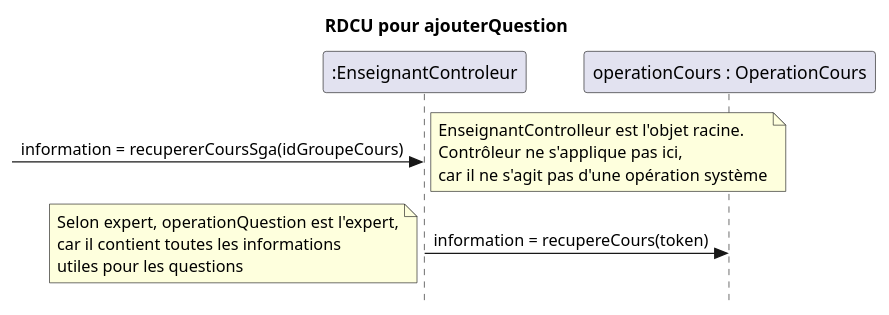
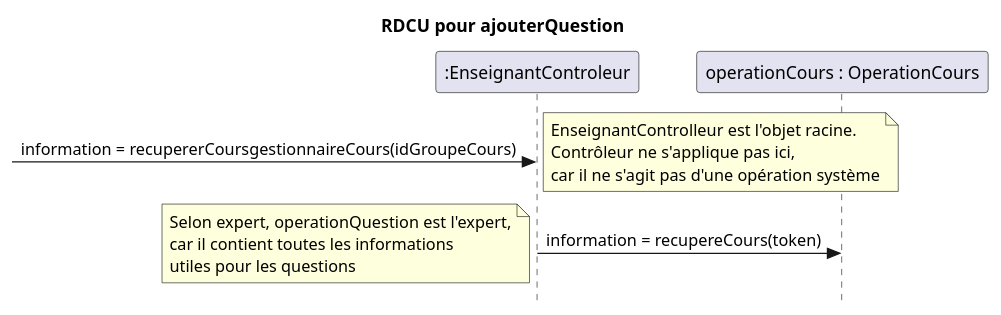
One commit to nerdz88/SGA-TS changed the fourth of 4 diagrams in docs/Ajouter question/RDCU_Ajouter_Question.puml. Above: the diagram before and after it, drawn with PlantUML. The commit also changed other lines of this file and 7 other files, not shown here.

```diff
--- a/docs/Ajouter question/RDCU_Ajouter_Question.puml
+++ b/docs/Ajouter question/RDCU_Ajouter_Question.puml
@@ -68,11 +72,11 @@
 @startuml terminerAjouterQuestion
 skinparam style strictuml
 skinparam defaultfontname Verdana
 title RDCU pour ajouterQuestion
-participant ":EnseignantControleur" as sga
-participant "operationCours : OperationCours" as opCours
- -> sga : information = recupererCoursSga(idGroupeCours)
+participant ":EnseignantControleur" as gestionnaireCours
+participant "operationCours : OperationCours" as universite
+ -> gestionnaireCours : information = recupererCoursgestionnaireCours(idGroupeCours)
   note left : EnseignantControlleur est l'objet racine.\nContrôleur ne s'applique pas ici,\ncar il ne s'agit pas d'une opération système
-  sga -> opCours : information = recupereCours(token)
+  gestionnaireCours -> universite : information = recupereCours(token)
   note left : Selon expert, operationQuestion est l'expert,\ncar il contient toutes les informations\nutiles pour les questions
 @enduml
```
